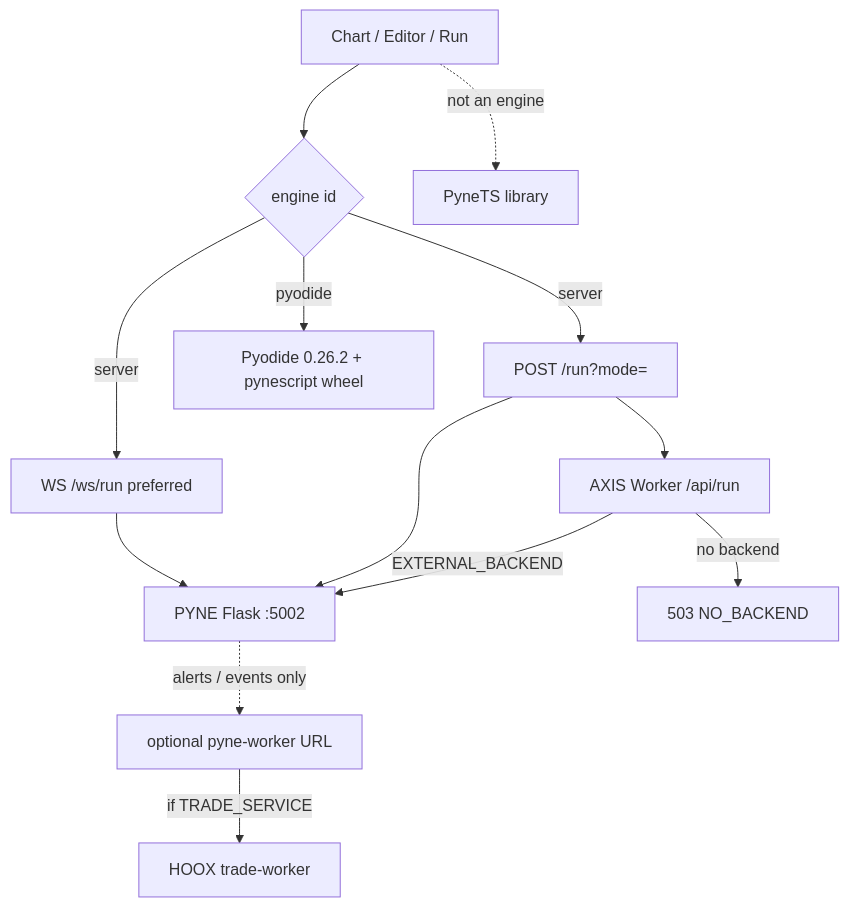
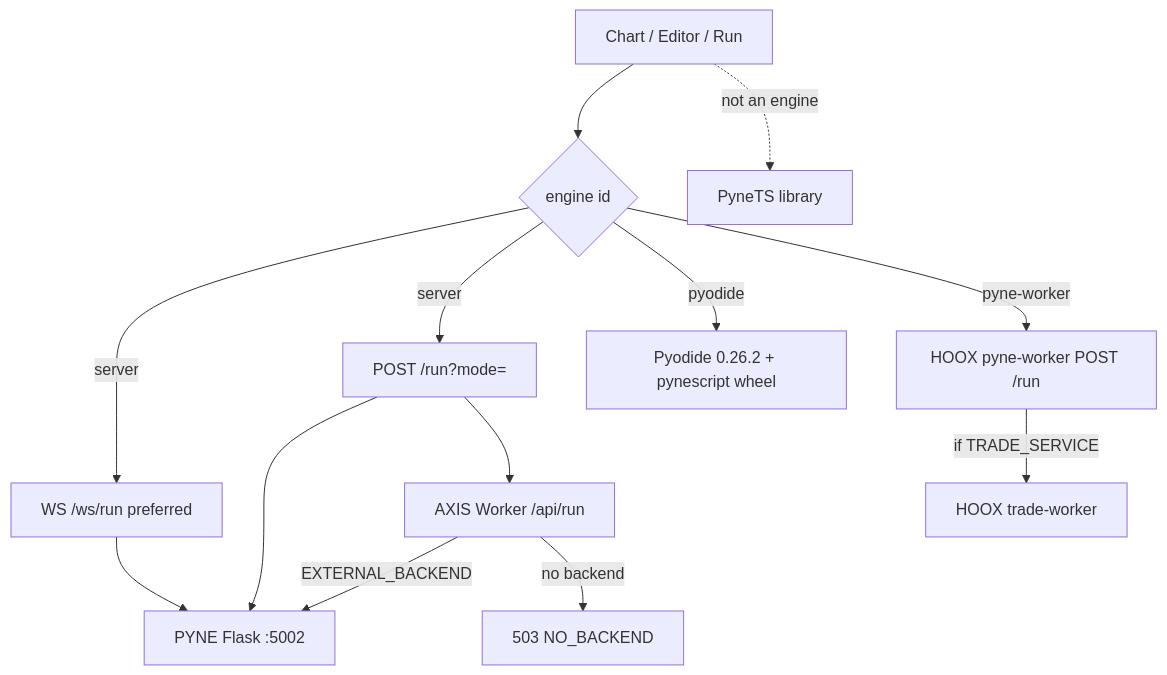
Before and after one commit to hoox-sh/axis: the diagram in docs/architecture/evaluation.mdx, drawn with Mermaid. The commit also changed other lines of this file and 39 other files, not shown here.

````diff
--- a/docs/architecture/evaluation.mdx
+++ b/docs/architecture/evaluation.mdx
@@ -35,15 +35,15 @@
 ```mermaid
 flowchart TB
   UI[Chart / Editor / Run] --> ENG{engine id}
   ENG -->|server| WS["WS /ws/run preferred"]
   ENG -->|server| HTTP["POST /run?mode="]
   WS --> FLASK[PYNE Flask :5002]
   HTTP --> FLASK
   HTTP --> AXW[AXIS Worker /api/run]
   AXW -->|EXTERNAL_BACKEND| FLASK
   AXW -->|no backend| E503[503 NO_BACKEND]
   ENG -->|pyodide| WASM[Pyodide 0.26.2 + pynescript wheel]
+  ENG -->|pyne-worker| PYW[HOOX pyne-worker POST /run]
   UI -.->|not an engine| PYNETS[PyneTS library]
-  FLASK -.->|alerts / events only| PYW[optional pyne-worker URL]
   PYW -->|if TRADE_SERVICE| HOOX[HOOX trade-worker]
 ```
````
